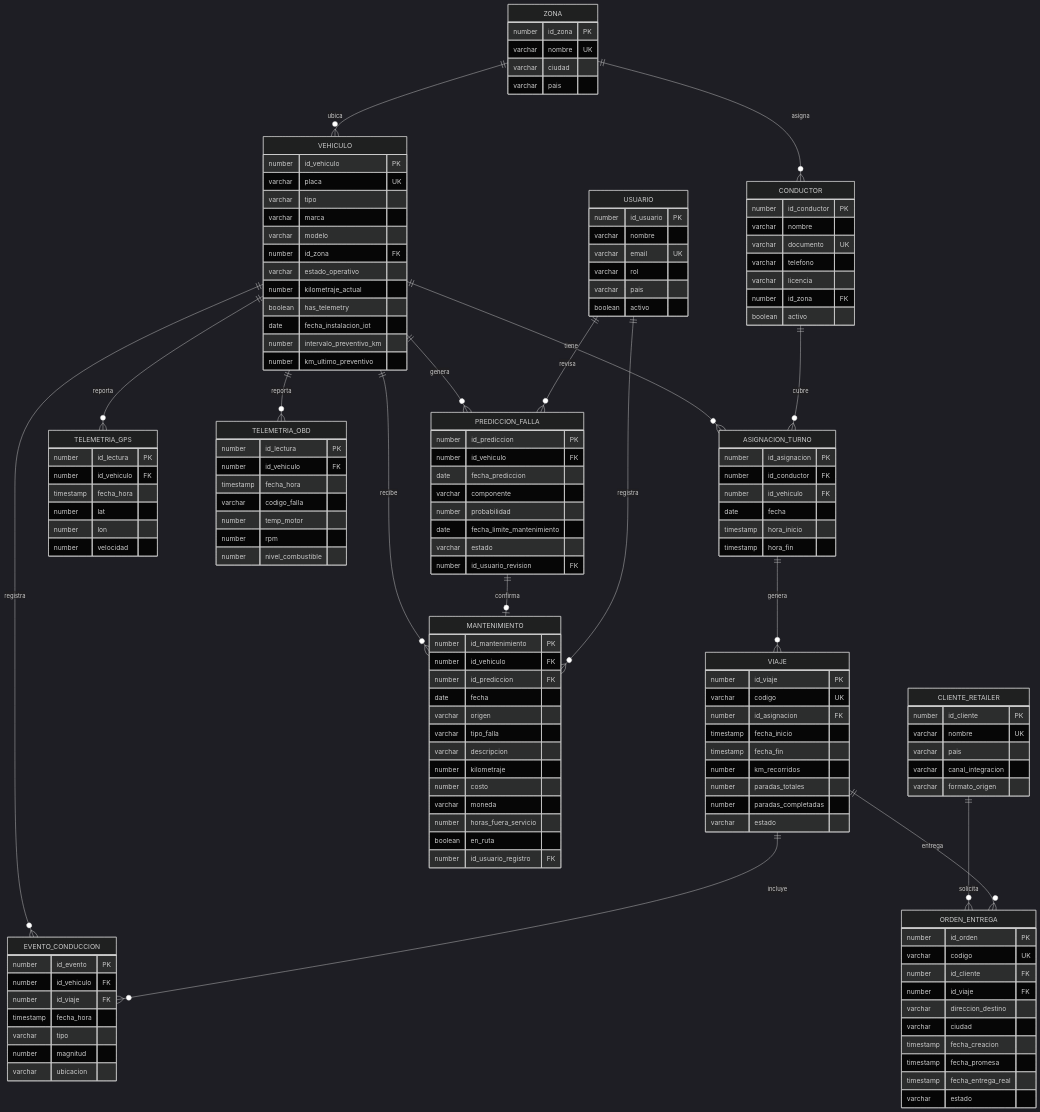
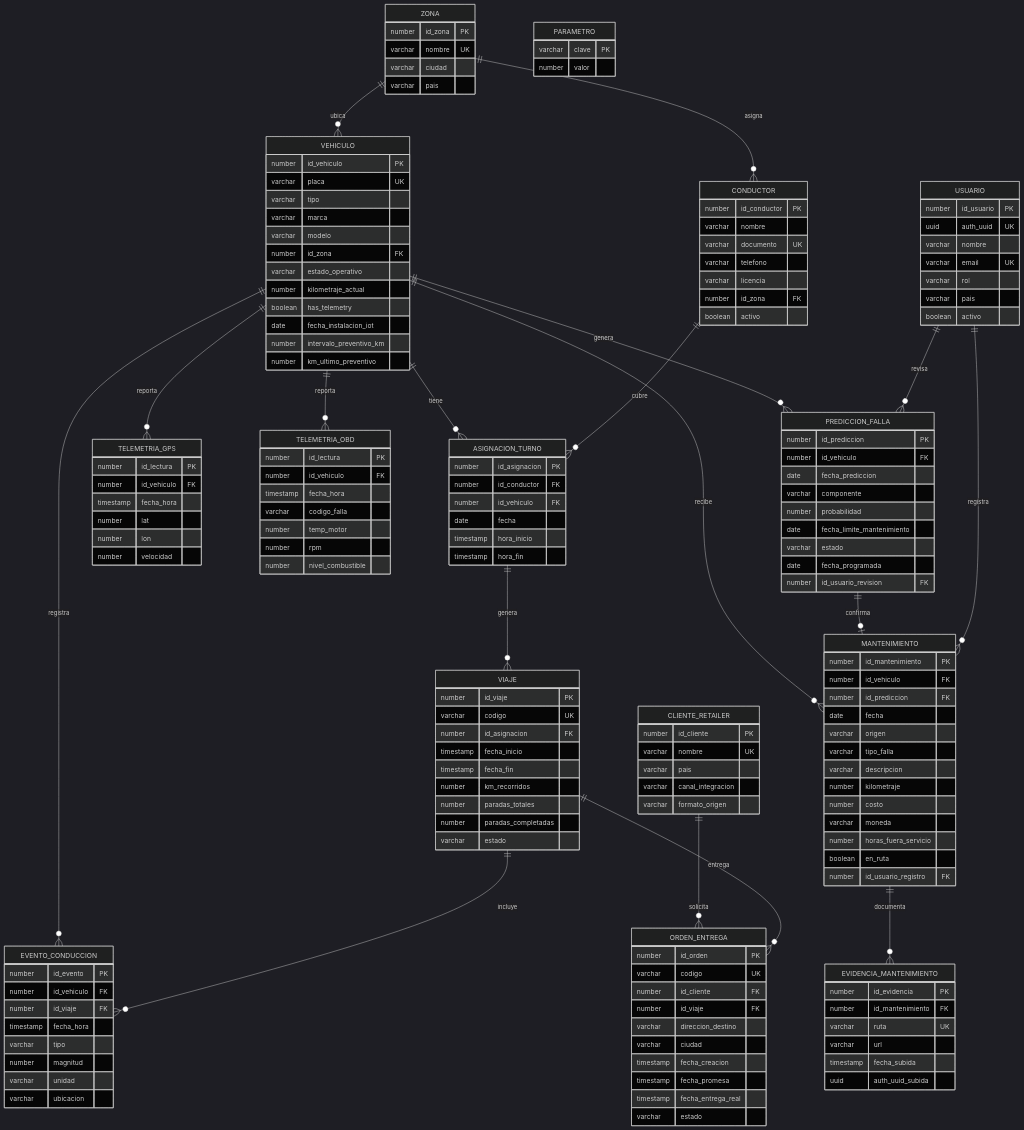
Before and after one commit to mauro267/PrototipoFlutter: the diagram in docs/modelo.md, drawn with Mermaid (dark theme). The commit also changed other lines of this file and 178 other files, not shown here.

````diff
--- a/docs/modelo.md
+++ b/docs/modelo.md
@@ -31,6 +31,7 @@
   USUARIO ||--o{ MANTENIMIENTO : registra
   CLIENTE_RETAILER ||--o{ ORDEN_ENTREGA : solicita
   VIAJE ||--o{ ORDEN_ENTREGA : entrega
+  MANTENIMIENTO ||--o{ EVIDENCIA_MANTENIMIENTO : documenta
 
   ZONA {
     number id_zona PK
@@ -87,6 +88,7 @@
     timestamp fecha_hora
     varchar tipo
     number magnitud
+    varchar unidad
     varchar ubicacion
   }
   TELEMETRIA_GPS {
@@ -114,6 +116,7 @@
     number probabilidad
     date fecha_limite_mantenimiento
     varchar estado
+    date fecha_programada
     number id_usuario_revision FK
   }
   MANTENIMIENTO {
@@ -152,10 +155,23 @@
   }
   USUARIO {
     number id_usuario PK
+    uuid auth_uuid UK
     varchar nombre
     varchar email UK
     varchar rol
     varchar pais
     boolean activo
   }
+  EVIDENCIA_MANTENIMIENTO {
+    number id_evidencia PK
+    number id_mantenimiento FK
+    varchar ruta UK
+    varchar url
+    timestamp fecha_subida
+    uuid auth_uuid_subida
+  }
+  PARAMETRO {
+    varchar clave PK
+    number valor
+  }
 ```
````
